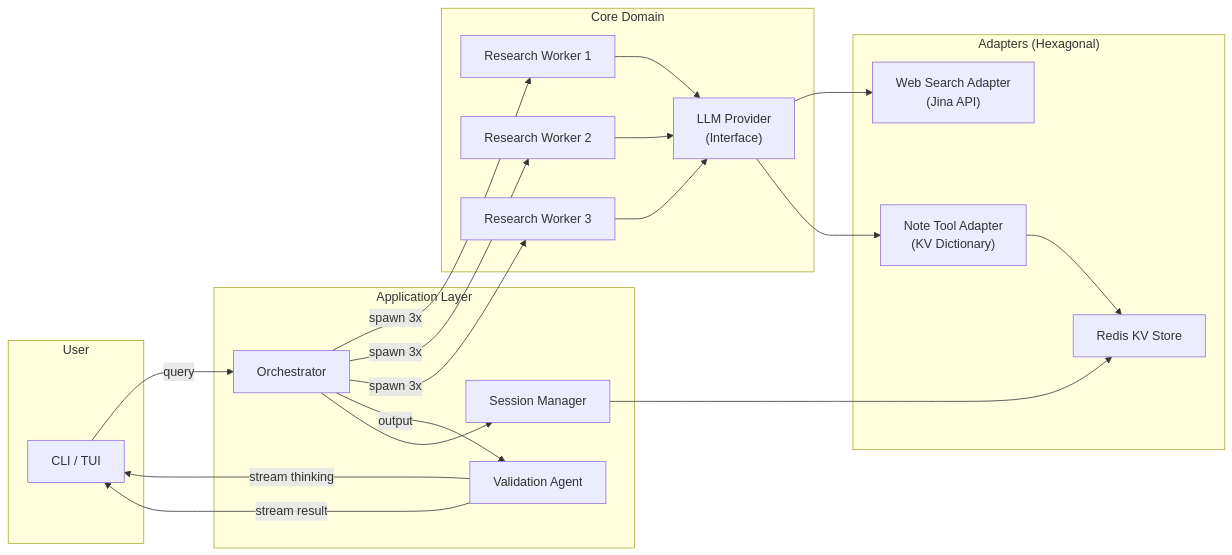
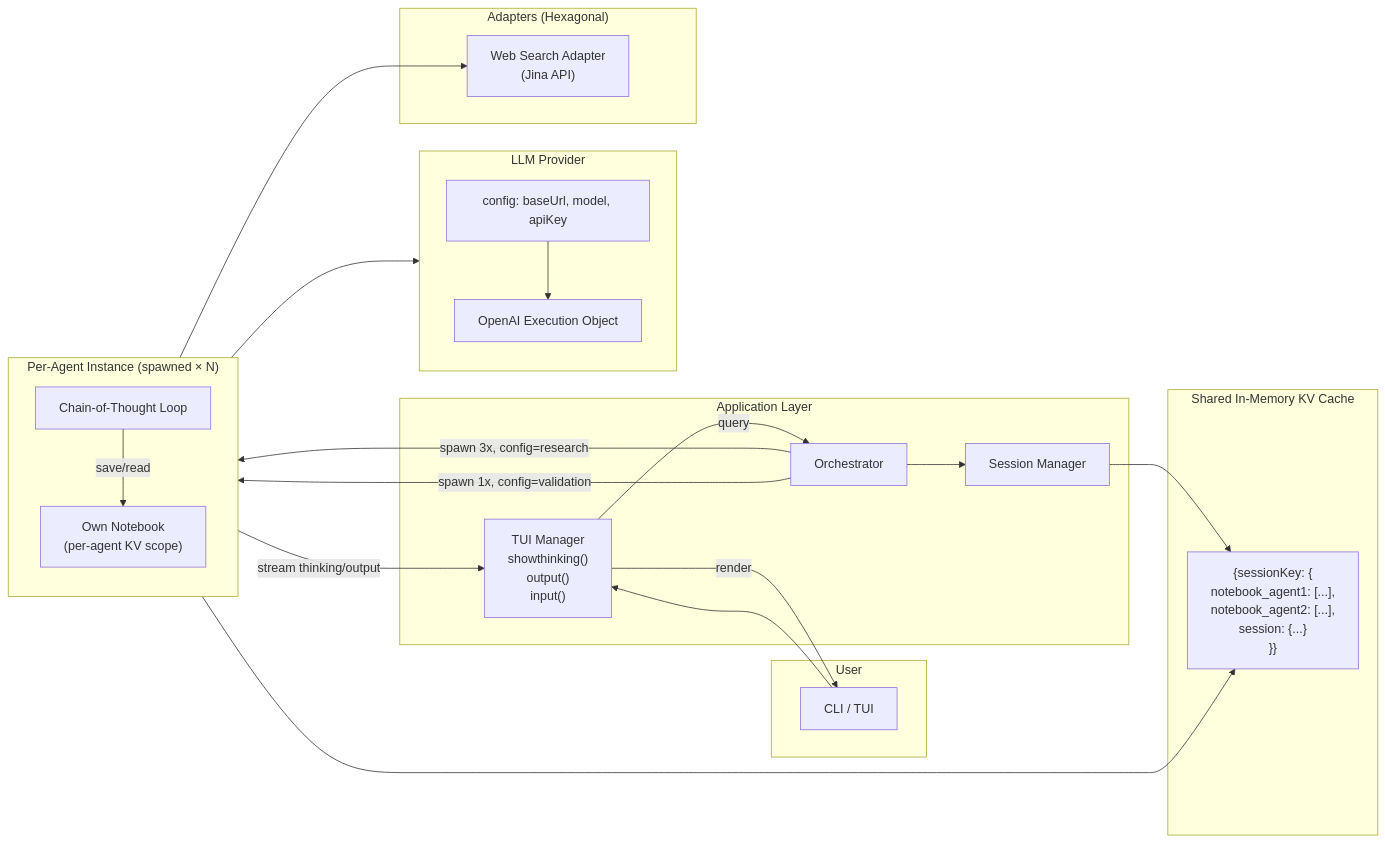
Before and after one commit to Glitch-guy0/self-consistency-research-agent: the first of 5 diagrams in _bmad-output/planning-artifacts/architecture-diagrams.md, drawn with Mermaid. The commit also changed other lines of this file and 1 other file, not shown here.

Commit message:
feat: fine tuning the architecture decisions

````diff
--- a/_bmad-output/planning-artifacts/architecture-diagrams.md
+++ b/_bmad-output/planning-artifacts/architecture-diagrams.md
@@ -10,41 +10,50 @@
 ```mermaid
 flowchart LR
     subgraph User["User"]
         TUI["CLI / TUI"]
     end
 
     subgraph App["Application Layer"]
         Orchestrator["Orchestrator"]
-        ValAgent["Validation Agent"]
         Session["Session Manager"]
+        TUIMgr["TUI Manager\nshowthinking()\noutput()\ninput()"]
     end
 
-    subgraph Core["Core Domain"]
-        LLMProvider["LLM Provider\n(Interface)"]
-        ResearchWorker1["Research Worker 1"]
-        ResearchWorker2["Research Worker 2"]
-        ResearchWorker3["Research Worker 3"]
+    subgraph AgentInstance["Per-Agent Instance (spawned × N)"]
+        direction TB
+        CoT["Chain-of-Thought Loop"]
+        Notebook["Own Notebook\n(per-agent KV scope)"]
+    end
+
+    subgraph LLM_Provider["LLM Provider"]
+        direction TB
+        Config["config: baseUrl, model, apiKey"]
+        Exec["OpenAI Execution Object"]
     end
 
     subgraph Adapters["Adapters (Hexagonal)"]
         WebSearch["Web Search Adapter\n(Jina API)"]
-        NoteTool["Note Tool Adapter\n(KV Dictionary)"]
-        Redis["Redis KV Store"]
     end
 
-    TUI -->|query| Orchestrator
-    Orchestrator -->|spawn 3x| ResearchWorker1
-    Orchestrator -->|spawn 3x| ResearchWorker2
-    Orchestrator -->|spawn 3x| ResearchWorker3
-    ResearchWorker1 --> LLMProvider
-    ResearchWorker2 --> LLMProvider
-    ResearchWorker3 --> LLMProvider
-    LLMProvider --> WebSearch
-    LLMProvider --> NoteTool
-    NoteTool --> Redis
-    Orchestrator -->|output| ValAgent
-    ValAgent -->|stream thinking| TUI
-    ValAgent -->|stream result| TUI
+    subgraph Storage["Shared In-Memory KV Cache"]
+        KVCache["{sessionKey: {<br/>  notebook_agent1: [...],<br/>  notebook_agent2: [...],<br/>  session: {...}<br/>}}"]
+    end
+
+    TUI --> TUIMgr
+    TUIMgr -->|query| Orchestrator
+
+    Orchestrator -->|spawn 3x, config=research| AgentInstance
+    Orchestrator -->|spawn 1x, config=validation| AgentInstance
+
+    CoT --> WebSearch
+    CoT --> Config
+    Config --> Exec
+
+    CoT -->|save/read| Notebook
+    Notebook --> KVCache
     Orchestrator --> Session
-    Session --> Redis
+    Session --> KVCache
+
+    CoT -->|stream thinking/output| TUIMgr
+    TUIMgr -->|render| TUI
 ```
````
